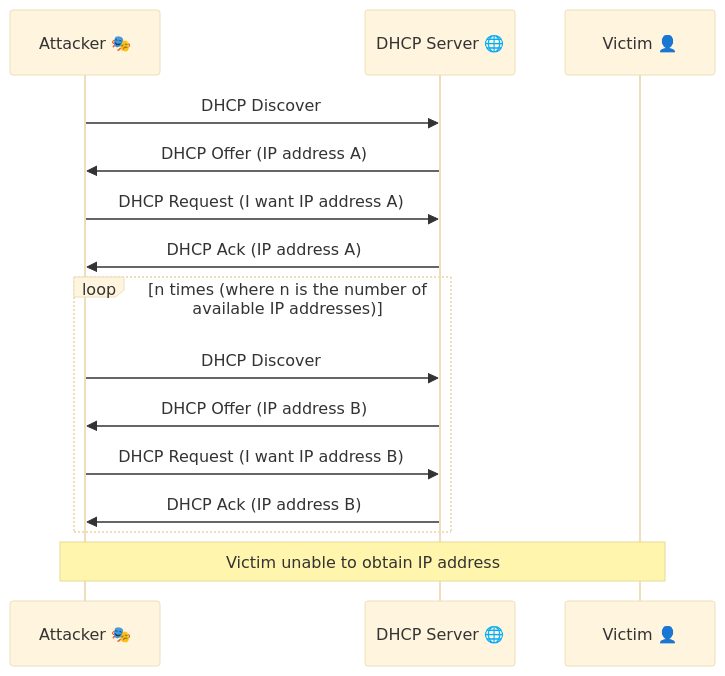
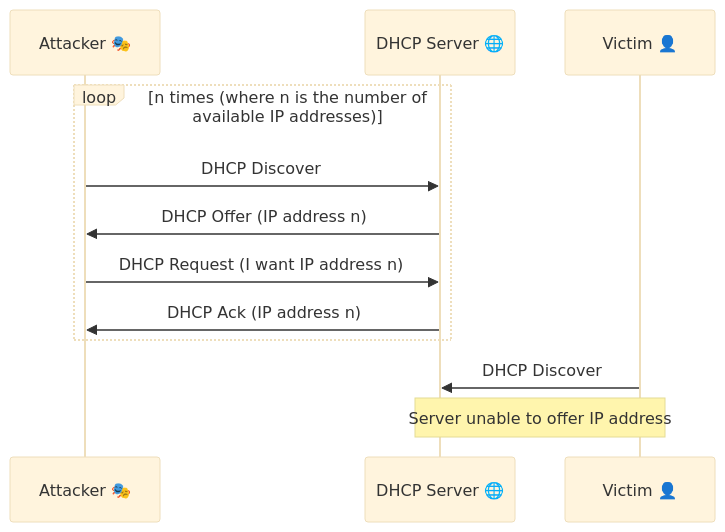
One commit to saidsay-so/scattack changed the third of 4 diagrams in report/index.qmd. Above: the diagram before and after it, drawn with Mermaid (base theme). The commit also changed other lines of this file and 3 other files, not shown here.

````diff
--- a/report/index.qmd
+++ b/report/index.qmd
@@ -142,27 +166,20 @@
 ```{mermaid}
 %%| label: fig-dhcp-starvation
-%%| fig-width: 4
+%%| fig-width: 5
 %%| fig-cap: DHCP starvation attack sequence diagram
 
 sequenceDiagram
     participant Attacker as Attacker 🎭
     participant DHCP as DHCP Server 🌐
     participant Victim as Victim   👤
 
-    # Initialization phase
-    Attacker->>DHCP: DHCP Discover
-    DHCP->>Attacker: DHCP Offer (IP address A)
-    Attacker->>DHCP: DHCP Request (I want IP address A)
-    DHCP->>Attacker: DHCP Ack (IP address A)
-
-    # Starvation phase
     loop n times (where n is the number of available IP addresses)
         Attacker->>DHCP: DHCP Discover
-        DHCP->>Attacker: DHCP Offer (IP address B)
-        Attacker->>DHCP: DHCP Request (I want IP address B)
-        DHCP->>Attacker: DHCP Ack (IP address B)
+        DHCP->>Attacker: DHCP Offer (IP address n)
+        Attacker->>DHCP: DHCP Request (I want IP address n)
+        DHCP->>Attacker: DHCP Ack (IP address n)
     end
 
-    # Ongoing exploitation
-    Note over Attacker,Victim: Victim unable to obtain IP address
+    Victim->>DHCP: DHCP Discover
+    Note over DHCP,Victim: Server unable to offer IP address
 ```
````
